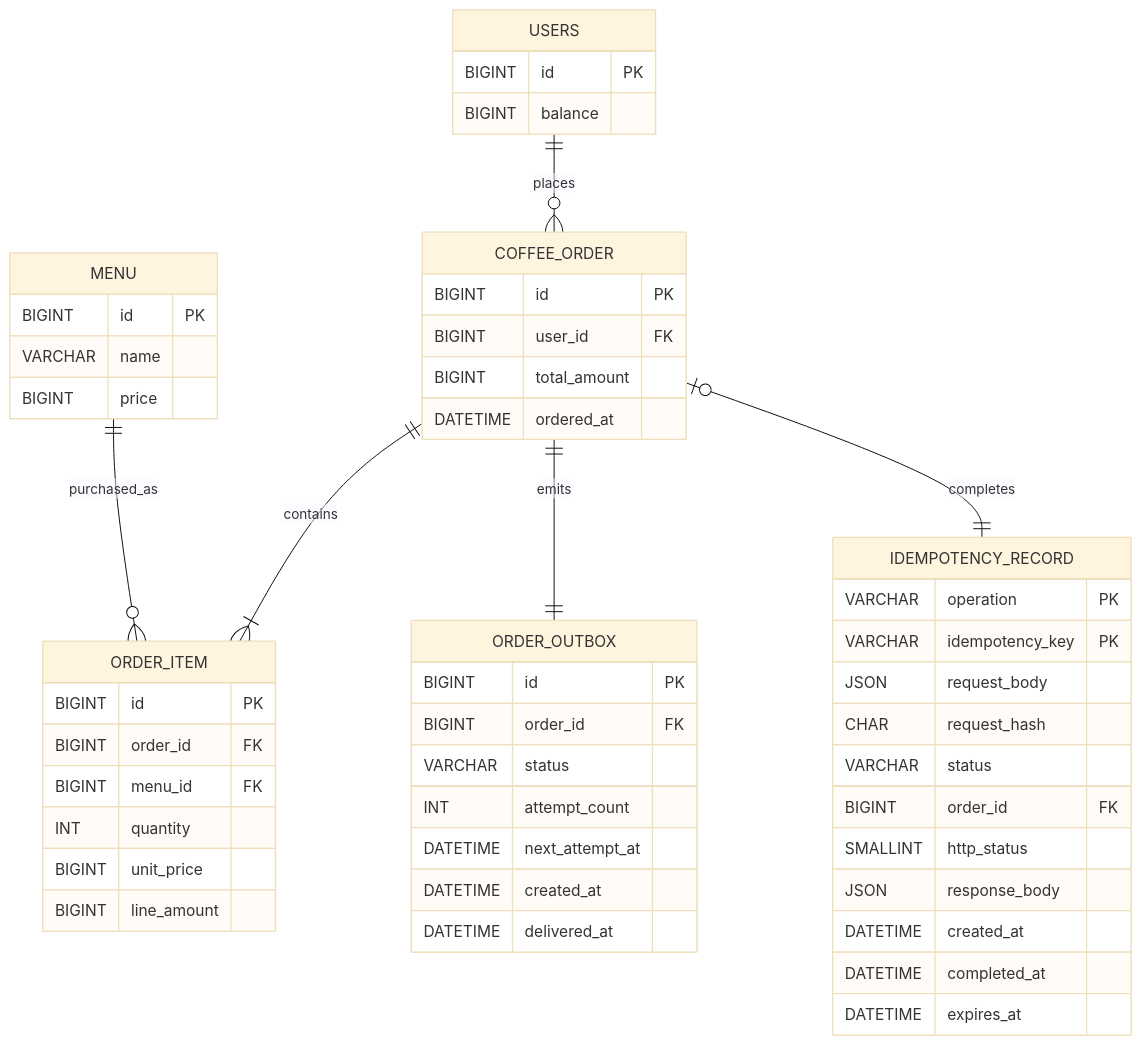
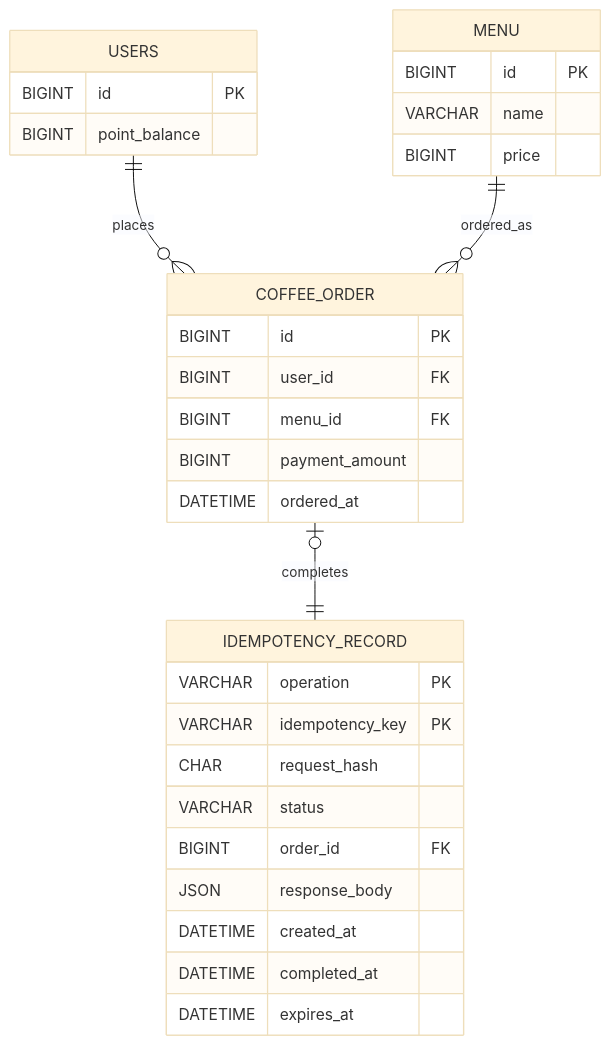
One commit to Astro-Luminoso/nbc-coffee-order-system changed the diagram in docs/ERD.md. Above: the diagram before and after it, drawn with Mermaid (base theme). The commit also changed other lines of this file and 5 other files, not shown here.

````diff
--- a/docs/ERD.md
+++ b/docs/ERD.md
@@ -11,59 +13,37 @@
 ```mermaid
 erDiagram
     USERS {
         BIGINT id PK
-        BIGINT balance
+        BIGINT point_balance
     }
 
     MENU {
         BIGINT id PK
         VARCHAR name
         BIGINT price
     }
 
     COFFEE_ORDER {
         BIGINT id PK
         BIGINT user_id FK
-        BIGINT total_amount
+        BIGINT menu_id FK
+        BIGINT payment_amount
         DATETIME ordered_at
-    }
-
-    ORDER_ITEM {
-        BIGINT id PK
-        BIGINT order_id FK
-        BIGINT menu_id FK
-        INT quantity
-        BIGINT unit_price
-        BIGINT line_amount
-    }
-
-    ORDER_OUTBOX {
-        BIGINT id PK
-        BIGINT order_id FK
-        VARCHAR status
-        INT attempt_count
-        DATETIME next_attempt_at
-        DATETIME created_at
-        DATETIME delivered_at
     }
 
     IDEMPOTENCY_RECORD {
         VARCHAR operation PK
         VARCHAR idempotency_key PK
-        JSON request_body
         CHAR request_hash
         VARCHAR status
         BIGINT order_id FK
-        SMALLINT http_status
         JSON response_body
         DATETIME created_at
         DATETIME completed_at
         DATETIME expires_at
     }
 
     USERS ||--o{ COFFEE_ORDER : places
-    COFFEE_ORDER ||--|{ ORDER_ITEM : contains
-    COFFEE_ORDER ||--|| ORDER_OUTBOX : emits
+    MENU ||--o{ COFFEE_ORDER : ordered_as
     COFFEE_ORDER o|--|| IDEMPOTENCY_RECORD : completes
-    MENU ||--o{ ORDER_ITEM : purchased_as
 ```
````
